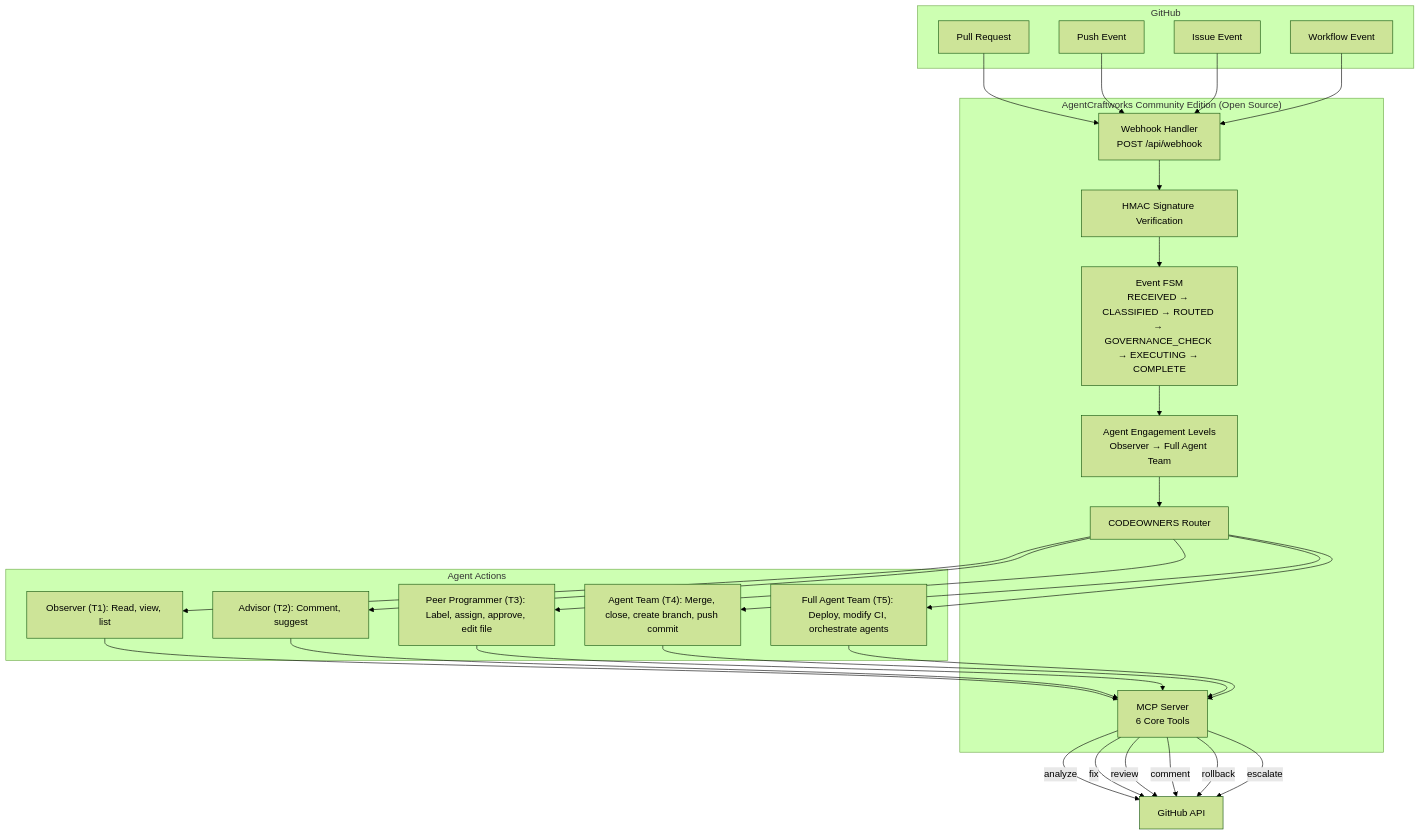
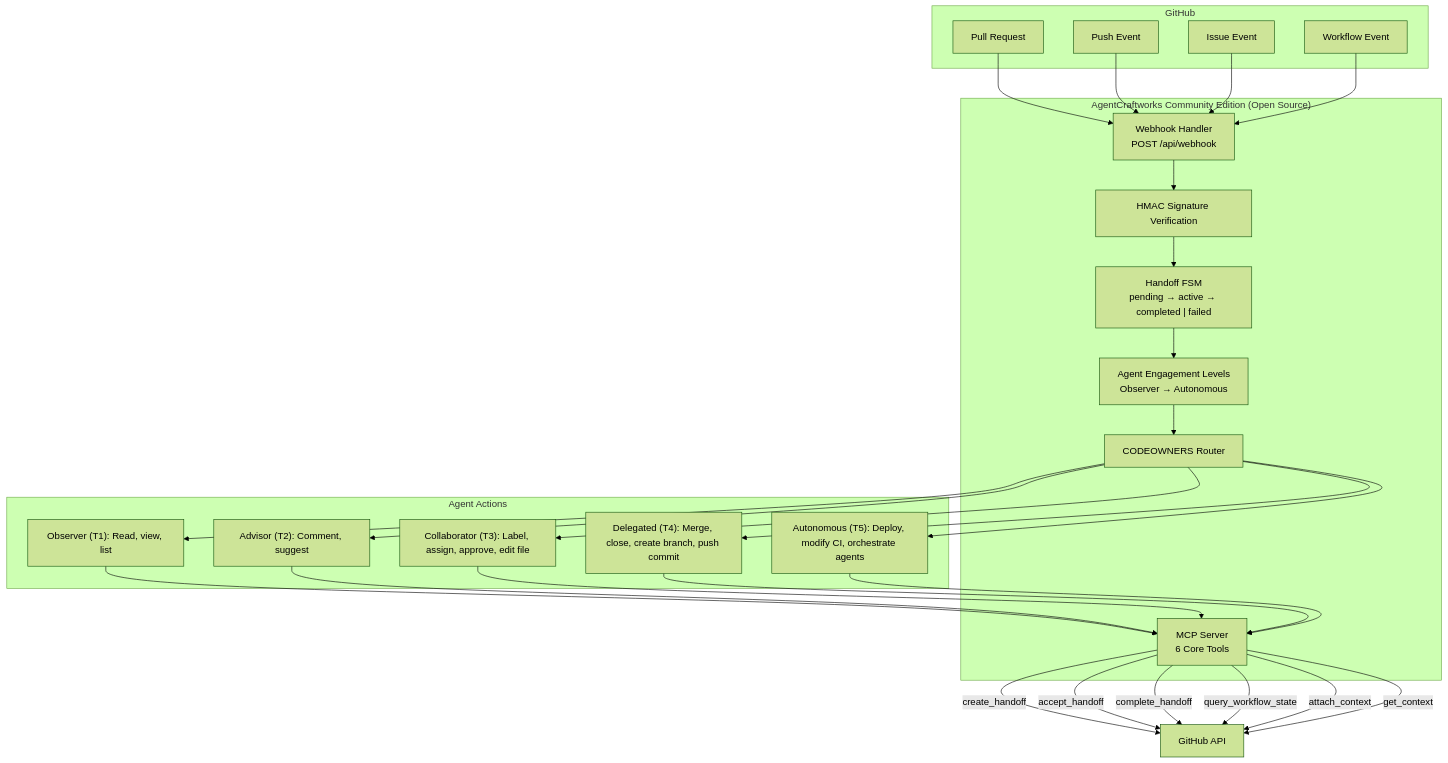
Before and after one commit to AgentCraftworks/AgentCraftworks-CE: the first of 2 diagrams in docs/architecture.md, drawn with Mermaid (forest theme). The commit also changed other lines of this file and 28 other files, not shown here.

First line of the commit message:
fix(docs): correct CE capability claims and align engagement level names (#256)

````diff
--- a/docs/architecture.md
+++ b/docs/architecture.md
@@ -18,51 +18,51 @@
 ```mermaid
 graph TD
     subgraph GitHub["GitHub"]
         prEvent["Pull Request"]
         pushEvent["Push Event"]
         issueEvent["Issue Event"]
         workflowEvent["Workflow Event"]
     end
 
     subgraph CE["AgentCraftworks Community Edition (Open Source)"]
         webhookHandler["Webhook Handler<br/>POST /api/webhook"]
         signatureVerify["HMAC Signature Verification"]
-        eventFsm["Event FSM<br/>RECEIVED → CLASSIFIED → ROUTED → GOVERNANCE_CHECK → EXECUTING → COMPLETE"]
-        engagementLevels["Agent Engagement Levels<br/>Observer → Full Agent Team"]
+        eventFsm["Handoff FSM<br/>pending → active → completed | failed"]
+        engagementLevels["Agent Engagement Levels<br/>Observer → Autonomous"]
         codeownersRouter["CODEOWNERS Router"]
         mcpServer["MCP Server<br/>6 Core Tools"]
     end
 
     subgraph Actions["Agent Actions"]
         level1["Observer (T1): Read, view, list"]
         level2["Advisor (T2): Comment, suggest"]
-        level3["Peer Programmer (T3): Label, assign, approve, edit file"]
-        level4["Agent Team (T4): Merge, close, create branch, push commit"]
-        level5["Full Agent Team (T5): Deploy, modify CI, orchestrate agents"]
+        level3["Collaborator (T3): Label, assign, approve, edit file"]
+        level4["Delegated (T4): Merge, close, create branch, push commit"]
+        level5["Autonomous (T5): Deploy, modify CI, orchestrate agents"]
     end
 
     prEvent --> webhookHandler
     pushEvent --> webhookHandler
     issueEvent --> webhookHandler
     workflowEvent --> webhookHandler
     webhookHandler --> signatureVerify
     signatureVerify --> eventFsm
     eventFsm --> engagementLevels
     engagementLevels --> codeownersRouter
     codeownersRouter --> level1
     codeownersRouter --> level2
     codeownersRouter --> level3
     codeownersRouter --> level4
     codeownersRouter --> level5
     level1 --> mcpServer
     level2 --> mcpServer
     level3 --> mcpServer
     level4 --> mcpServer
     level5 --> mcpServer
-    mcpServer -->|analyze| ghApi["GitHub API"]
-    mcpServer -->|fix| ghApi
-    mcpServer -->|review| ghApi
-    mcpServer -->|comment| ghApi
-    mcpServer -->|rollback| ghApi
-    mcpServer -->|escalate| ghApi
+    mcpServer -->|create_handoff| ghApi["GitHub API"]
+    mcpServer -->|accept_handoff| ghApi
+    mcpServer -->|complete_handoff| ghApi
+    mcpServer -->|query_workflow_state| ghApi
+    mcpServer -->|attach_context| ghApi
+    mcpServer -->|get_context| ghApi
 ```
````
